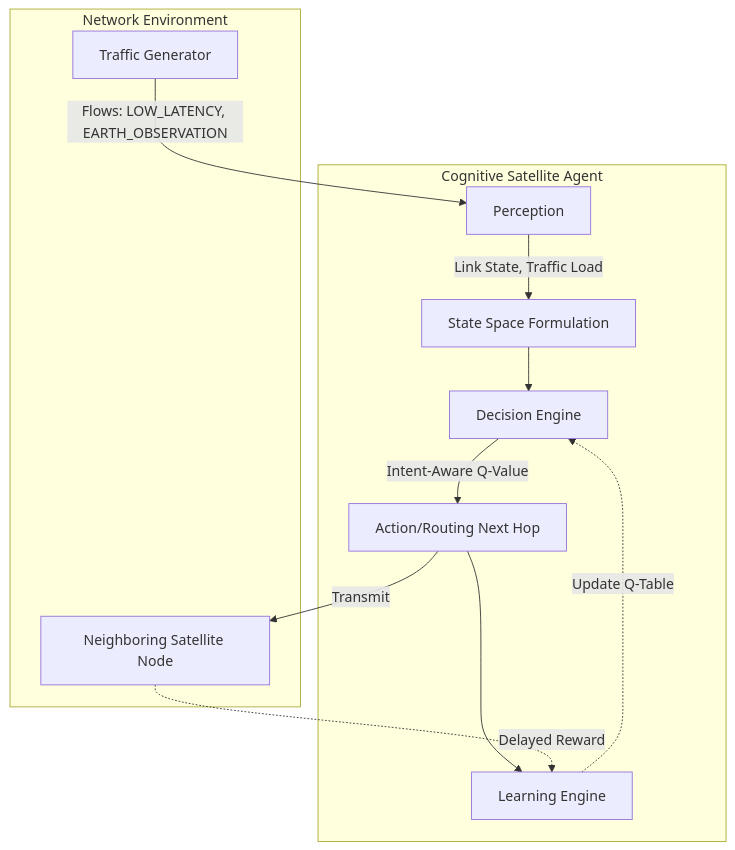
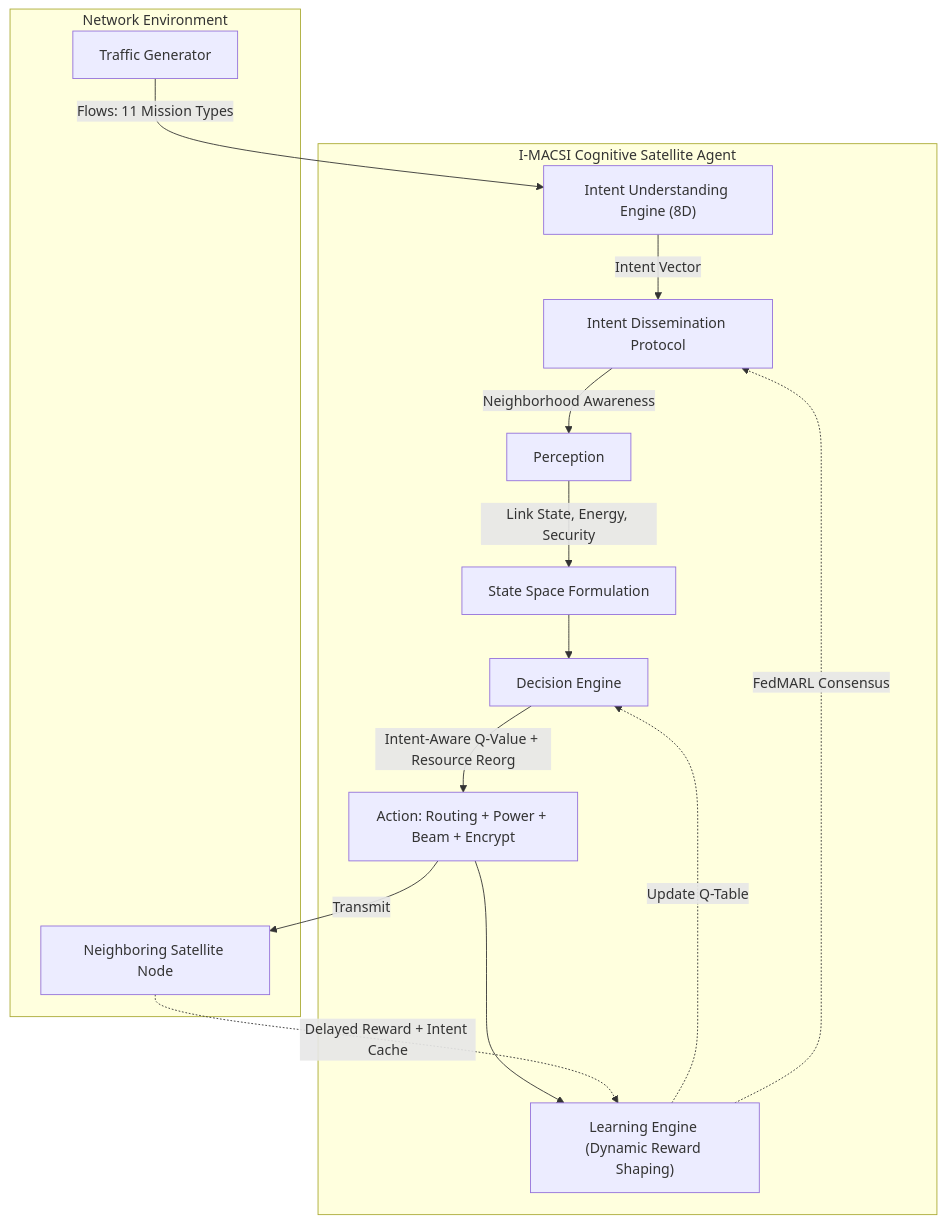
Before and after one commit to yashashdahat-dev/PBL-project: the diagram in README.md, drawn with Mermaid. The commit also changed other lines of this file and 45 other files, not shown here.

Commit message:
Implement I-MACSI framework: graph optimization, intent protocol, multi-mission experiments and ablation studies

````diff
--- a/README.md
+++ b/README.md
@@ -11,16 +15,19 @@
 ```mermaid
 graph TD
-    subgraph Cognitive Satellite Agent
-        P[Perception] -->|Link State, Traffic Load| S[State Space Formulation]
-        S --> D[Decision Engine]
-        D -->|Intent-Aware Q-Value| A[Action/Routing Next Hop]
-        A --> L[Learning Engine]
-        L -.->|Update Q-Table| D
+    subgraph "I-MACSI Cognitive Satellite Agent"
+        IUE["Intent Understanding Engine (8D)"] -->|Intent Vector| IDP["Intent Dissemination Protocol"]
+        IDP -->|Neighborhood Awareness| P["Perception"]
+        P -->|"Link State, Energy, Security"| S["State Space Formulation"]
+        S --> D["Decision Engine"]
+        D -->|"Intent-Aware Q-Value + Resource Reorg"| A["Action: Routing + Power + Beam + Encrypt"]
+        A --> L["Learning Engine (Dynamic Reward Shaping)"]
+        L -.->|"Update Q-Table"| D
+        L -.->|"FedMARL Consensus"| IDP
     end
     
-    subgraph Network Environment
-        T[Traffic Generator] -->|Flows: LOW_LATENCY, EARTH_OBSERVATION| P
-        A -->|Transmit| N[Neighboring Satellite Node]
-        N -.->|Delayed Reward| L
+    subgraph "Network Environment"
+        T["Traffic Generator"] -->|"Flows: 11 Mission Types"| IUE
+        A -->|Transmit| N["Neighboring Satellite Node"]
+        N -.->|"Delayed Reward + Intent Cache"| L
     end
 ```
````
